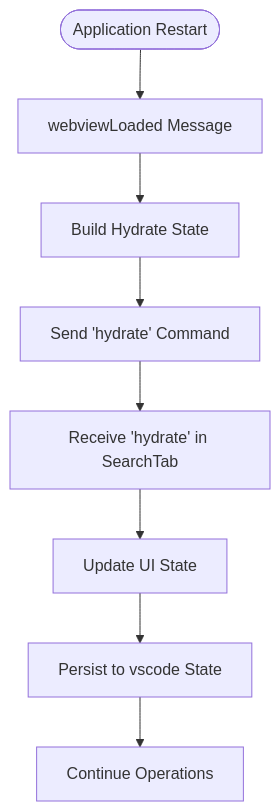
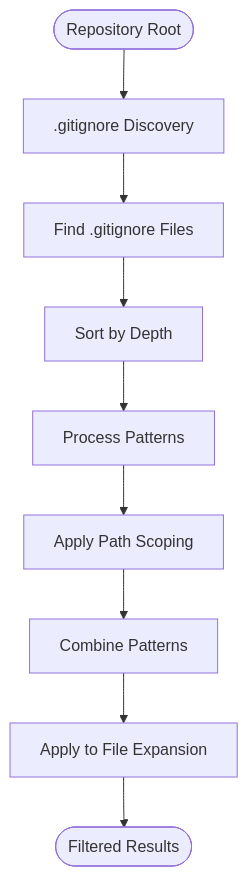
Before and after one commit to bramburn/repomix-runner: the third of 14 diagrams in .qoder/repowiki/en/content/Indexing and Search System/Indexing and Search System.md, drawn with Mermaid. The commit also changed other lines of this file and 40 other files, not shown here.

````diff
--- a/.qoder/repowiki/en/content/Indexing and Search System/Indexing and Search System.md
+++ b/.qoder/repowiki/en/content/Indexing and Search System/Indexing and Search System.md
@@ -228,10 +235,11 @@
 ```mermaid
 flowchart TD
-Start(["Application Restart"]) --> WebviewLoaded["webviewLoaded Message"]
-WebviewLoaded --> BuildHydrate["Build Hydrate State"]
-BuildHydrate --> SendHydrate["Send 'hydrate' Command"]
-SendHydrate --> ReceiveHydrate["Receive 'hydrate' in SearchTab"]
-ReceiveHydrate --> UpdateState["Update UI State"]
-UpdateState --> PersistState["Persist to vscode State"]
-PersistState --> ContinueOps["Continue Operations"]
+Start(["Repository Root"]) --> Walk[".gitignore Discovery"]
+Walk --> Find["Find .gitignore Files"]
+Find --> Sort["Sort by Depth"]
+Sort --> Process["Process Patterns"]
+Process --> Scope["Apply Path Scoping"]
+Scope --> Combine["Combine Patterns"]
+Combine --> Filter["Apply to File Expansion"]
+Filter --> End(["Filtered Results"])
 ```
````
